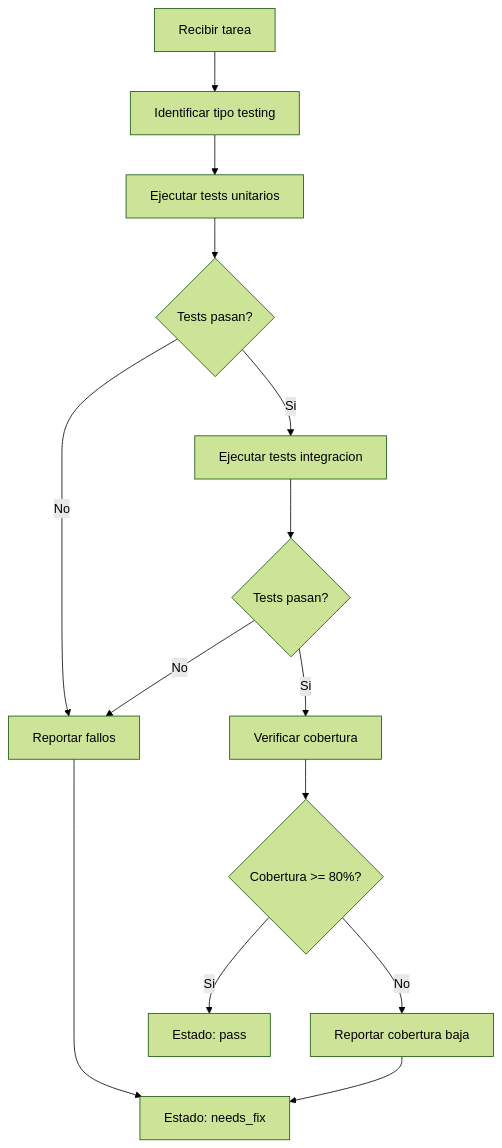
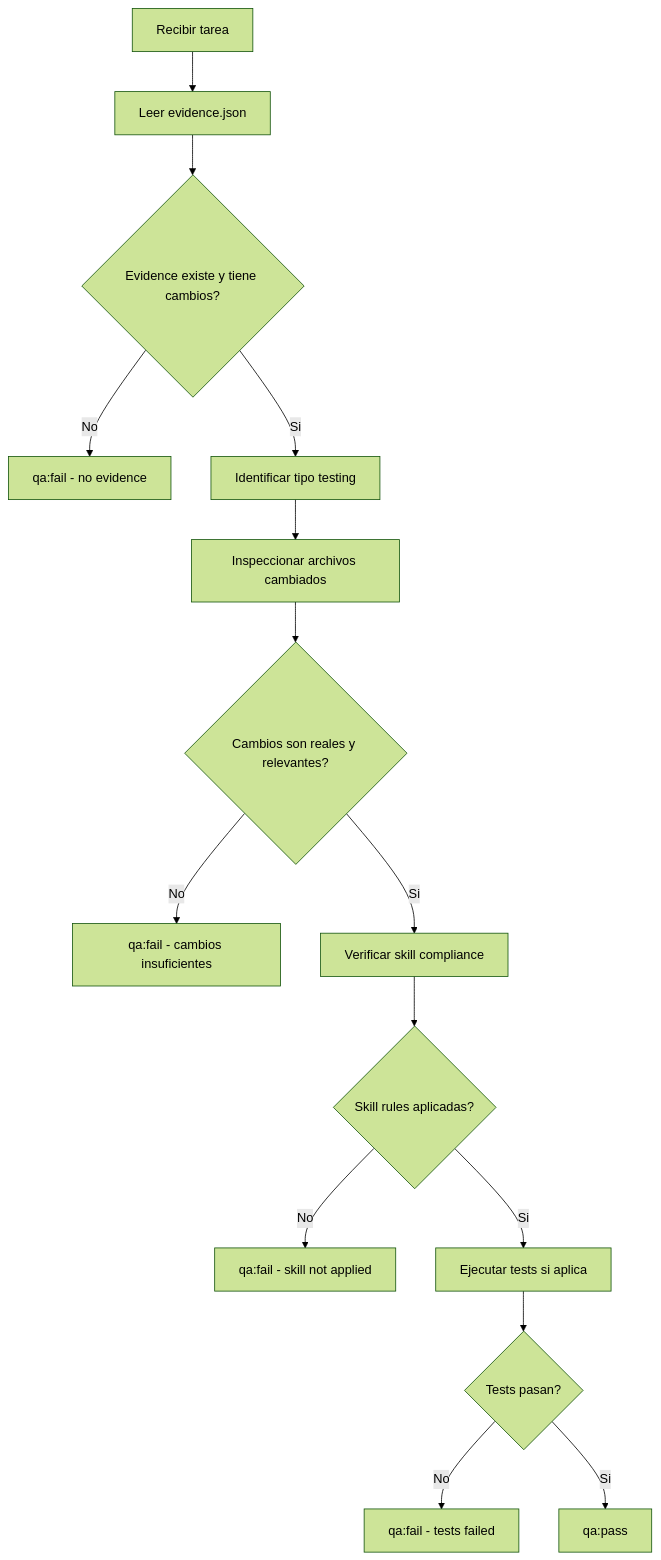
Before and after one commit to cagr1/ai-orchestrator-base: the diagram in agents/qa.md, drawn with Mermaid (forest theme). The commit also changed other lines of this file and 11 other files, not shown here.

````diff
--- a/agents/qa.md
+++ b/agents/qa.md
@@ -86,16 +91,17 @@
 ```mermaid
 graph TD
-    A[Recibir tarea] --> B[Identificar tipo testing]
-    B --> C[Ejecutar tests unitarios]
-    C --> D{Tests pasan?}
-    D -->|No| E[Reportar fallos]
-    D -->|Si| F[Ejecutar tests integracion]
-    F --> G{Tests pasan?}
-    G -->|No| E
-    G -->|Si| H[Verificar cobertura]
-    H --> I{Cobertura >= 80%?}
-    I -->|No| J[Reportar cobertura baja]
-    I -->|Si| K[Estado: pass]
-    E --> L[Estado: needs_fix]
-    J --> L
+    A[Recibir tarea] --> A1[Leer evidence.json]
+    A1 --> A2{Evidence existe y tiene cambios?}
+    A2 -->|No| FAIL1[qa:fail - no evidence]
+    A2 -->|Si| B[Identificar tipo testing]
+    B --> C[Inspeccionar archivos cambiados]
+    C --> D{Cambios son reales y relevantes?}
+    D -->|No| FAIL2[qa:fail - cambios insuficientes]
+    D -->|Si| E[Verificar skill compliance]
+    E --> F{Skill rules aplicadas?}
+    F -->|No| FAIL3[qa:fail - skill not applied]
+    F -->|Si| G[Ejecutar tests si aplica]
+    G --> H{Tests pasan?}
+    H -->|No| FAIL4[qa:fail - tests failed]
+    H -->|Si| PASS[qa:pass]
 ```
````
